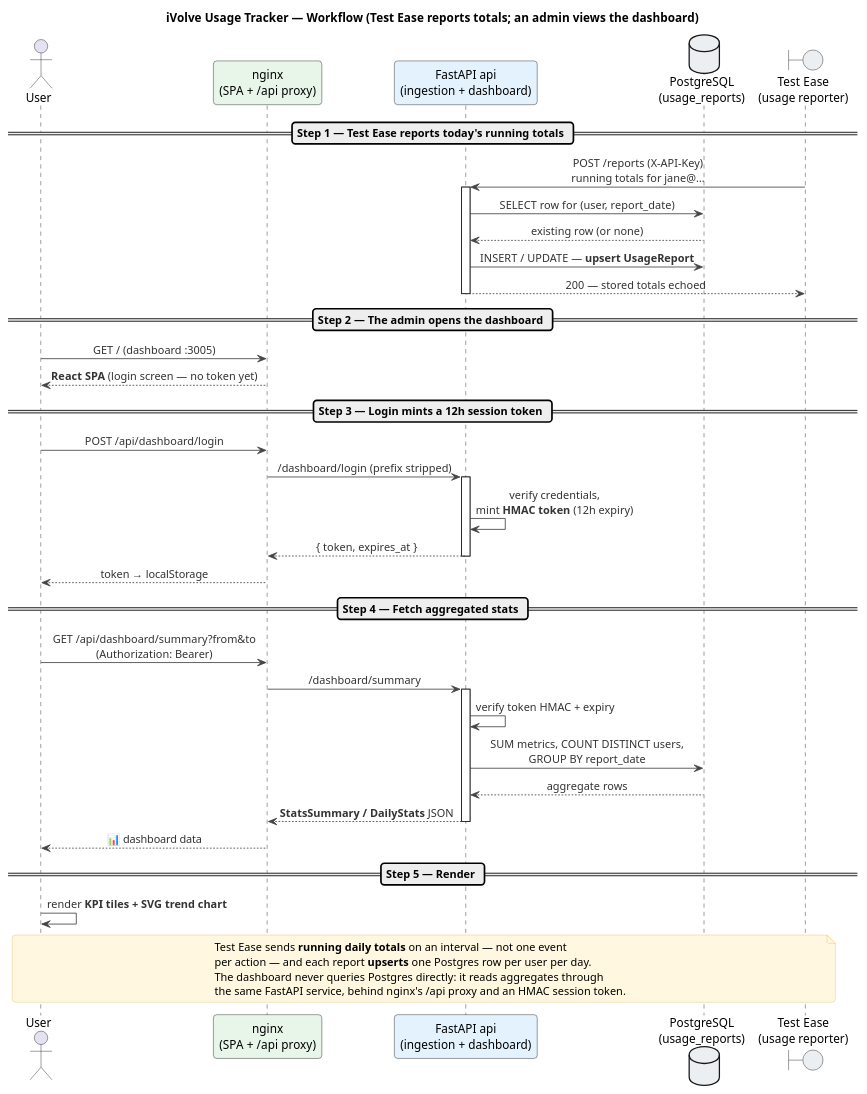
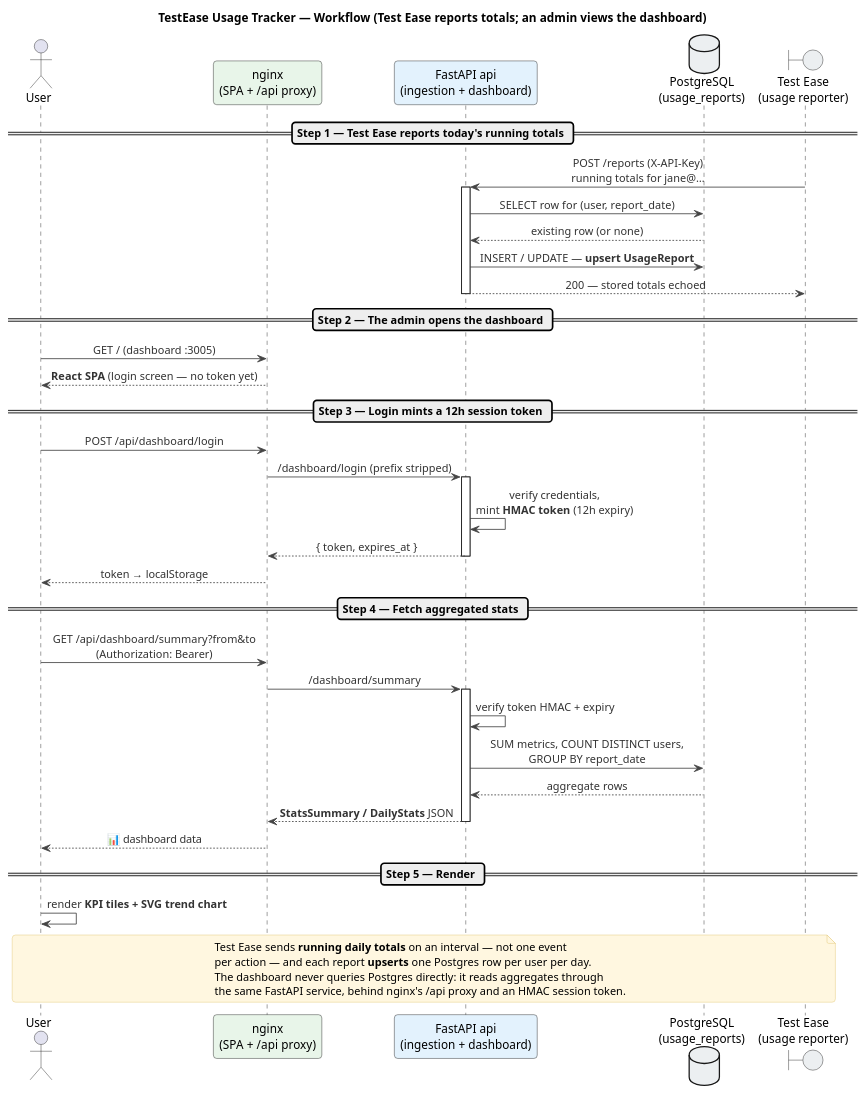
The diagram in docs/architecture/system-workflow.puml (senthilp1989/usage-tracker), drawn with PlantUML before and after one commit. The commit also changed 11 other files, not shown here.

Commit message:
Renamed from Ivolve usage Tracker to TestEase Usage Tracker

```diff
--- a/docs/architecture/system-workflow.puml
+++ b/docs/architecture/system-workflow.puml
@@ -1,64 +1,64 @@
 @startuml system-workflow
-title iVolve Usage Tracker — Workflow (Test Ease reports totals; an admin views the dashboard)
+title TestEase Usage Tracker — Workflow (Test Ease reports totals; an admin views the dashboard)
 
 skinparam backgroundColor #FFFFFF
 skinparam shadowing false
 skinparam sequenceMessageAlign center
 skinparam roundcorner 8
 skinparam ArrowColor #444444
 skinparam ArrowFontColor #333333
 skinparam NoteBackgroundColor #FFF7E0
 skinparam NoteBorderColor #E0C46C
 
 actor "User" as User
 
 participant "nginx\n(SPA + /api proxy)" as NGINX #E8F5E9
 participant "FastAPI api\n(ingestion + dashboard)" as API #E3F2FD
 
 database "PostgreSQL\n(usage_reports)" as DB #ECEFF1
 boundary  "Test Ease\n(usage reporter)"  as TE #ECEFF1
 
 == Step 1 — Test Ease reports today's running totals ==
 TE -> API : POST /reports (X-API-Key)\nrunning totals for jane@…
 activate API
 API -> DB : SELECT row for (user, report_date)
 DB --> API : existing row (or none)
 API -> DB : INSERT / UPDATE — **upsert UsageReport**
 API --> TE : 200 — stored totals echoed
 deactivate API
 
 == Step 2 — The admin opens the dashboard ==
 User -> NGINX : GET / (dashboard :3005)
 NGINX --> User : **React SPA** (login screen — no token yet)
 
 == Step 3 — Login mints a 12h session token ==
 User -> NGINX : POST /api/dashboard/login
 NGINX -> API : /dashboard/login (prefix stripped)
 activate API
 API -> API : verify credentials,\nmint **HMAC token** (12h expiry)
 API --> NGINX : { token, expires_at }
 deactivate API
 NGINX --> User : token → localStorage
 
 == Step 4 — Fetch aggregated stats ==
 User -> NGINX : GET /api/dashboard/summary?from&to\n(Authorization: Bearer)
 NGINX -> API : /dashboard/summary
 activate API
 API -> API : verify token HMAC + expiry
 API -> DB : SUM metrics, COUNT DISTINCT users,\nGROUP BY report_date
 DB --> API : aggregate rows
 API --> NGINX : **StatsSummary / DailyStats** JSON
 deactivate API
 NGINX --> User : 📊 dashboard data
 
 == Step 5 — Render ==
 User -> User : render **KPI tiles + SVG trend chart**
 
 note across
   Test Ease sends **running daily totals** on an interval — not one event
   per action — and each report **upserts** one Postgres row per user per day.
   The dashboard never queries Postgres directly: it reads aggregates through
   the same FastAPI service, behind nginx's /api proxy and an HMAC session token.
 end note
 
 @enduml
```
